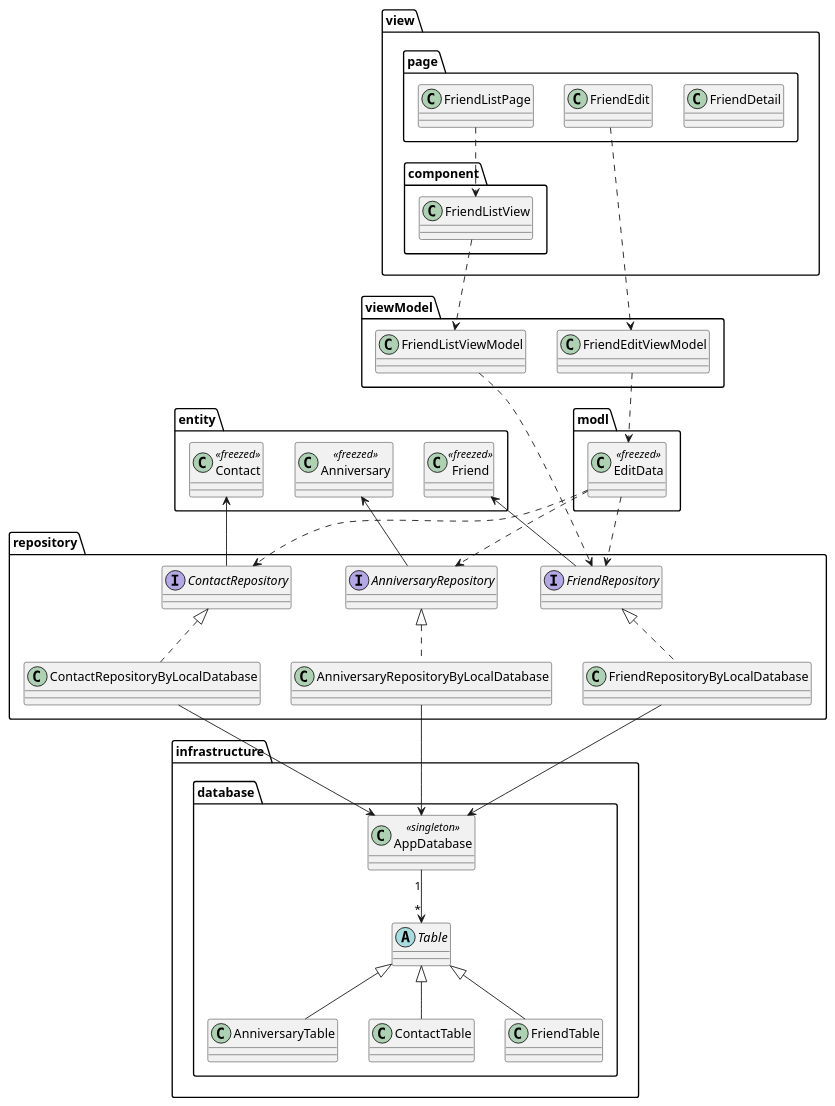
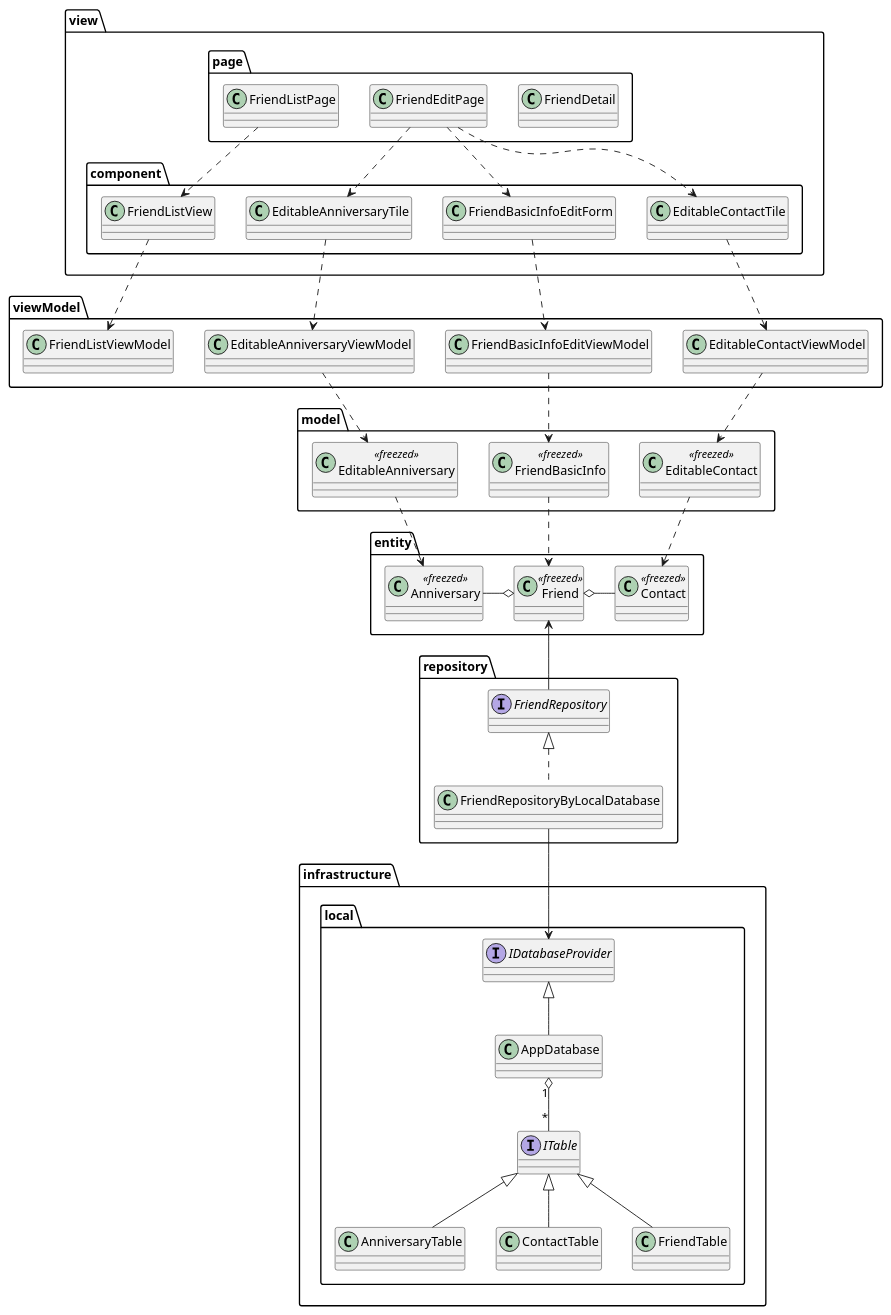
Before and after one commit to nmskm240/friend_list: the diagram in uml/class_diagram.pu, drawn with PlantUML. The commit also changed 26 other files, not shown here.

```diff
--- a/uml/class_diagram.pu
+++ b/uml/class_diagram.pu
@@ -1,79 +1,88 @@
 @startuml
 
 package view {
-    package component {
-        class FriendListView 
+    package page {
+        class FriendDetail
+        class FriendEditPage
+        class FriendListPage
     }
 
-    package page {
-        class FriendDetail
-        class FriendEdit
-        class FriendListPage
+    package component {
+        class FriendListView
+        class FriendBasicInfoEditForm
+        class EditableAnniversaryTile
+        class EditableContactTile
     }
 }
 
 package viewModel {
     class FriendListViewModel
-    class FriendEditViewModel
+    class FriendBasicInfoEditViewModel
+    class EditableAnniversaryViewModel
+    class EditableContactViewModel
 }
 
-package modl {
-    class EditData<<freezed>>
+package model {
+    class FriendBasicInfo<<freezed>>
+    class EditableAnniversary<<freezed>>
+    class EditableContact<<freezed>>
 }
 
 
 package repository {
-    interface AnniversaryRepository
-    interface ContactRepository
     interface FriendRepository
-    class AnniversaryRepositoryByLocalDatabase
-    class ContactRepositoryByLocalDatabase
     class FriendRepositoryByLocalDatabase
 }
 
 package entity {
     class Anniversary<<freezed>>
     class Contact<<freezed>>
     class Friend<<freezed>>
 }
 
 package infrastructure {
-    package database {
+    package local {
         class AnniversaryTable
-        class AppDatabase<<singleton>>
+        class AppDatabase
         class ContactTable
         class FriendTable
-        abstract Table
+        interface IDatabaseProvider
+        interface ITable
     }
 }
 
 FriendListView ..> FriendListViewModel
 
 FriendListPage ..> FriendListView
-FriendEdit ..> FriendEditViewModel
+FriendEditPage ..> FriendBasicInfoEditForm
+FriendEditPage ..> EditableAnniversaryTile
+FriendEditPage ..> EditableContactTile
 
-FriendEditViewModel ..> EditData
+FriendBasicInfoEditForm ..> FriendBasicInfoEditViewModel
+EditableAnniversaryTile ..> EditableAnniversaryViewModel
+EditableContactTile ..> EditableContactViewModel
 
-EditData ..> AnniversaryRepository
-EditData ..> ContactRepository
-EditData ..> FriendRepository
-FriendListViewModel ..> FriendRepository
+FriendBasicInfoEditViewModel ..> FriendBasicInfo
+EditableAnniversaryViewModel ..> EditableAnniversary
+EditableContactViewModel ..> EditableContact
 
-AnniversaryRepository <|.. AnniversaryRepositoryByLocalDatabase
-ContactRepository <|.. ContactRepositoryByLocalDatabase
+FriendBasicInfo ..> Friend
+EditableAnniversary ..> Anniversary
+EditableContact ..> Contact
+
+Friend o-left- Anniversary
+Friend o- Contact
+
+Friend <-- FriendRepository
+
 FriendRepository <|.. FriendRepositoryByLocalDatabase
 
-Anniversary <-- AnniversaryRepository
-Contact <-- ContactRepository
-Friend <-- FriendRepository
+FriendRepositoryByLocalDatabase --> IDatabaseProvider
 
-AnniversaryRepositoryByLocalDatabase --> AppDatabase
-ContactRepositoryByLocalDatabase --> AppDatabase
-FriendRepositoryByLocalDatabase --> AppDatabase
-
-Table <|-- AnniversaryTable
-Table <|-- ContactTable
-Table <|-- FriendTable
-AppDatabase "1" --> "*" Table
+ITable <|-- AnniversaryTable
+ITable <|-- ContactTable
+ITable <|-- FriendTable
+AppDatabase "1" o-- "*" ITable
+IDatabaseProvider <|-- AppDatabase
 
 @enduml
```
